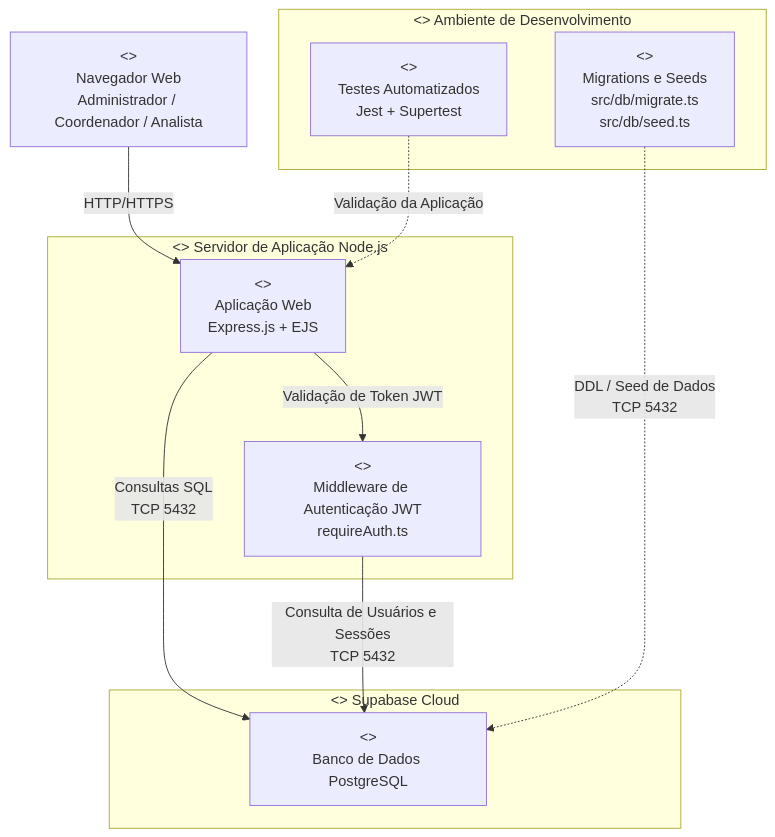
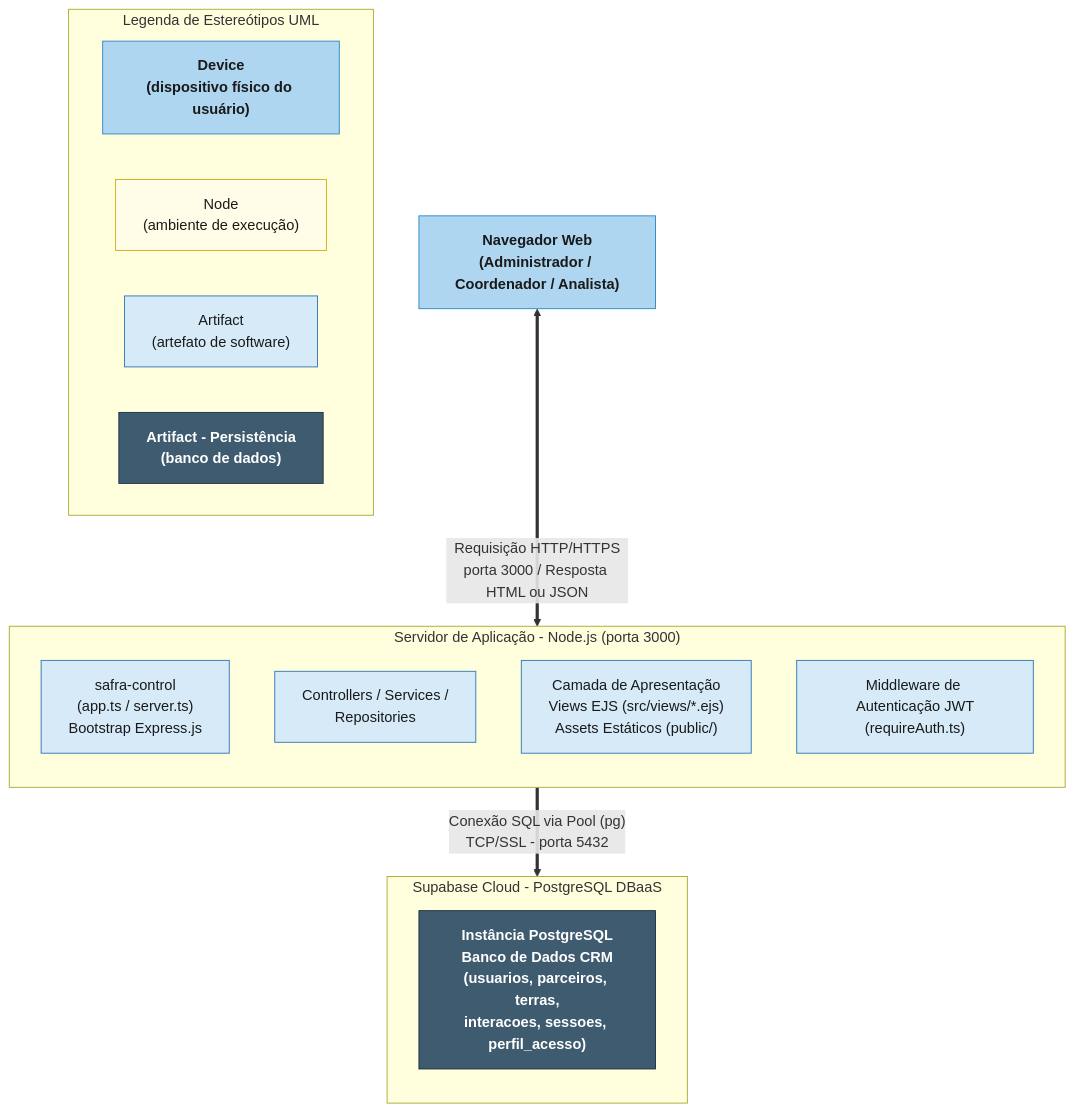
One commit to williamjrmaia/M-dulo-2---Aplica-o-Web-Atvos- changed the second of 6 diagrams in documentos/wad.md. Above: the diagram before and after it, drawn with Mermaid. The commit also changed other lines of this file, not shown here.

Commit message:
docs(#365): estruturacao completa e ajustes da secao 3.2.6

````diff
--- a/documentos/wad.md
+++ b/documentos/wad.md
@@ -1397,31 +1399,33 @@
 ```mermaid
 flowchart TB
+    classDef device fill:#AED6F1,stroke:#2E86C1,color:#1a1a1a,font-weight:bold
+    classDef artifact fill:#D6EAF8,stroke:#2E75B6,color:#1a1a1a
+    classDef db fill:#3F5B70,stroke:#1e3040,color:#fff,font-weight:bold
+    classDef nodebg fill:#FFFDE7,stroke:#D4AC0D,color:#1a1a1a
 
-    USER["<<device>><br/>Navegador Web<br/>Administrador / Coordenador / Analista"]
-
-    subgraph APP["<<node>> Servidor de Aplicação Node.js"]
-        WEB["<<artifact>><br/>Aplicação Web<br/>Express.js + EJS"]
-        JWT["<<artifact>><br/>Middleware de Autenticação JWT<br/>requireAuth.ts"]
+    subgraph LEGEND["Legenda de Estereótipos UML"]
+        direction LR
+        L1["Device<br/>(dispositivo físico do usuário)"]:::device
+        L2["Node<br/>(ambiente de execução)"]:::nodebg
+        L3["Artifact<br/>(artefato de software)"]:::artifact
+        L4["Artifact - Persistência<br/>(banco de dados)"]:::db
     end
 
-    subgraph CLOUD["<<node>> Supabase Cloud"]
-        PG["<<artifact>><br/>Banco de Dados PostgreSQL"]
+    USER["Navegador Web<br/>(Administrador / Coordenador / Analista)"]:::device
+
+    subgraph APP["Servidor de Aplicação - Node.js (porta 3000)"]
+        direction TB
+        WEB["safra-control<br/>(app.ts / server.ts)<br/>Bootstrap Express.js"]:::artifact
+        CTRL["Controllers / Services /<br/>Repositories"]:::artifact
+        PRES["Camada de Apresentação<br/>Views EJS (src/views/*.ejs)<br/>Assets Estáticos (public/)"]:::artifact
+        JWT["Middleware de Autenticação JWT<br/>(requireAuth.ts)"]:::artifact
     end
 
-    subgraph DEV["<<node>> Ambiente de Desenvolvimento"]
-        TESTS["<<artifact>><br/>Testes Automatizados<br/>Jest + Supertest"]
-        MIG["<<artifact>><br/>Migrations e Seeds<br/>src/db/migrate.ts<br/>src/db/seed.ts"]
+    subgraph CLOUD["Supabase Cloud - PostgreSQL DBaaS"]
+        direction TB
+        PG["Instância PostgreSQL<br/>Banco de Dados CRM<br/>(usuarios, parceiros, terras,<br/>interacoes, sessoes, perfil_acesso)"]:::db
     end
 
-    USER -->|"HTTP/HTTPS"| WEB
-
-    WEB -->|"Validação de Token JWT"| JWT
-
-    WEB -->|"Consultas SQL<br/>TCP 5432"| PG
-
-    JWT -->|"Consulta de Usuários e Sessões<br/>TCP 5432"| PG
-
-    TESTS -.->|"Validação da Aplicação"| WEB
-
-    MIG -.->|"DDL / Seed de Dados<br/>TCP 5432"| PG
+    USER <==>|"Requisição HTTP/HTTPS<br/>porta 3000 / Resposta HTML ou JSON"| WEB
+    WEB ==>|"Conexão SQL via Pool (pg)<br/>TCP/SSL - porta 5432"| PG
 ```
````
